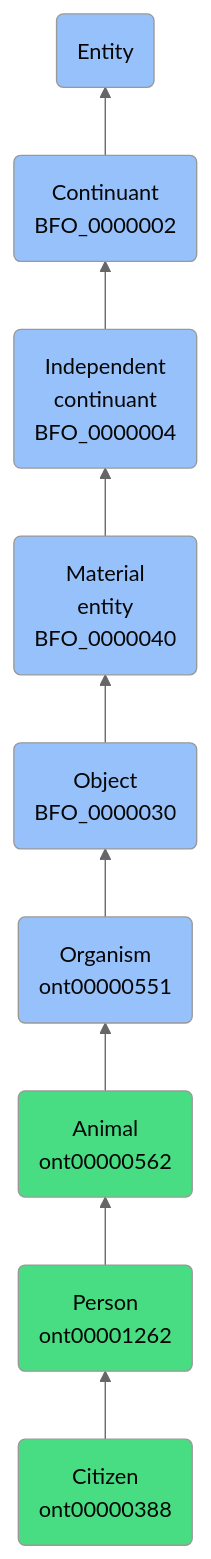
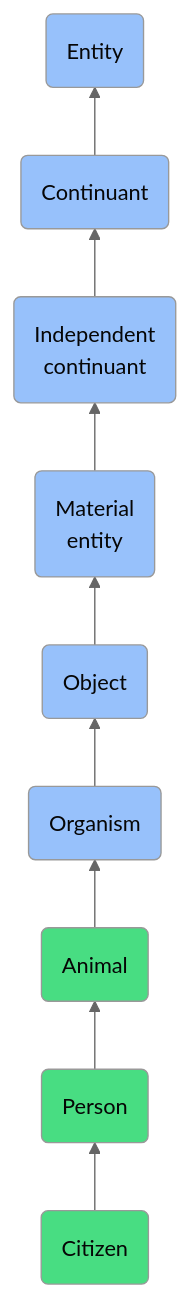
The diagram in docs/ontology/reference/model/Entity/Continuant/Independent continuant/Material entity/Object/Organism/Animal/Person/Citizen/Citizen.md (jupyter-naas/abi), drawn with Mermaid (neutral theme) before and after one commit. The commit also changed other lines of this file and 1430 other files, not shown here.

````diff
--- a/docs/ontology/reference/model/Entity/Continuant/Independent continuant/Material entity/Object/Organism/Animal/Person/Citizen/Citizen.md
+++ b/docs/ontology/reference/model/Entity/Continuant/Independent continuant/Material entity/Object/Organism/Animal/Person/Citizen/Citizen.md
@@ -24,16 +24,16 @@
 ```mermaid
 graph BT
-    ont00000388(Citizen<br>ont00000388):::ABI-->ont00001262
-    ont00001262(Person<br>ont00001262):::ABI-->ont00000562
-    ont00000562(Animal<br>ont00000562):::ABI-->ont00000551
-    ont00000551(Organism<br>ont00000551):::BFO-->BFO_0000030
-    BFO_0000030(Object<br>BFO_0000030):::BFO-->BFO_0000040
-    BFO_0000040(Material<br>entity<br>BFO_0000040):::BFO-->BFO_0000004
-    BFO_0000004(Independent<br>continuant<br>BFO_0000004):::BFO-->BFO_0000002
-    BFO_0000002(Continuant<br>BFO_0000002):::BFO-->BFO_0000001
+    ont00000388(Citizen):::ABI-->ont00001262
+    ont00001262(Person):::ABI-->ont00000562
+    ont00000562(Animal):::ABI-->ont00000551
+    ont00000551(Organism):::BFO-->BFO_0000030
+    BFO_0000030(Object):::BFO-->BFO_0000040
+    BFO_0000040(Material<br>entity):::BFO-->BFO_0000004
+    BFO_0000004(Independent<br>continuant):::BFO-->BFO_0000002
+    BFO_0000002(Continuant):::BFO-->BFO_0000001
     BFO_0000001(Entity):::BFO
     
     classDef BFO fill:#97c1fb,color:#060606
     classDef CCO fill:#e4c51e,color:#060606
     classDef ABI fill:#48DD82,color:#060606
 ```
````
